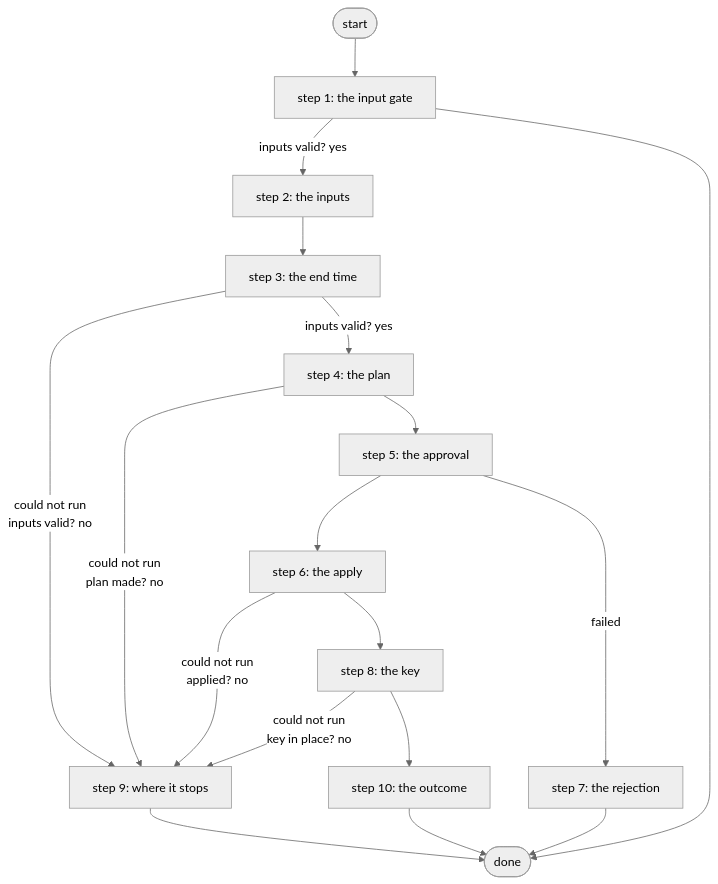
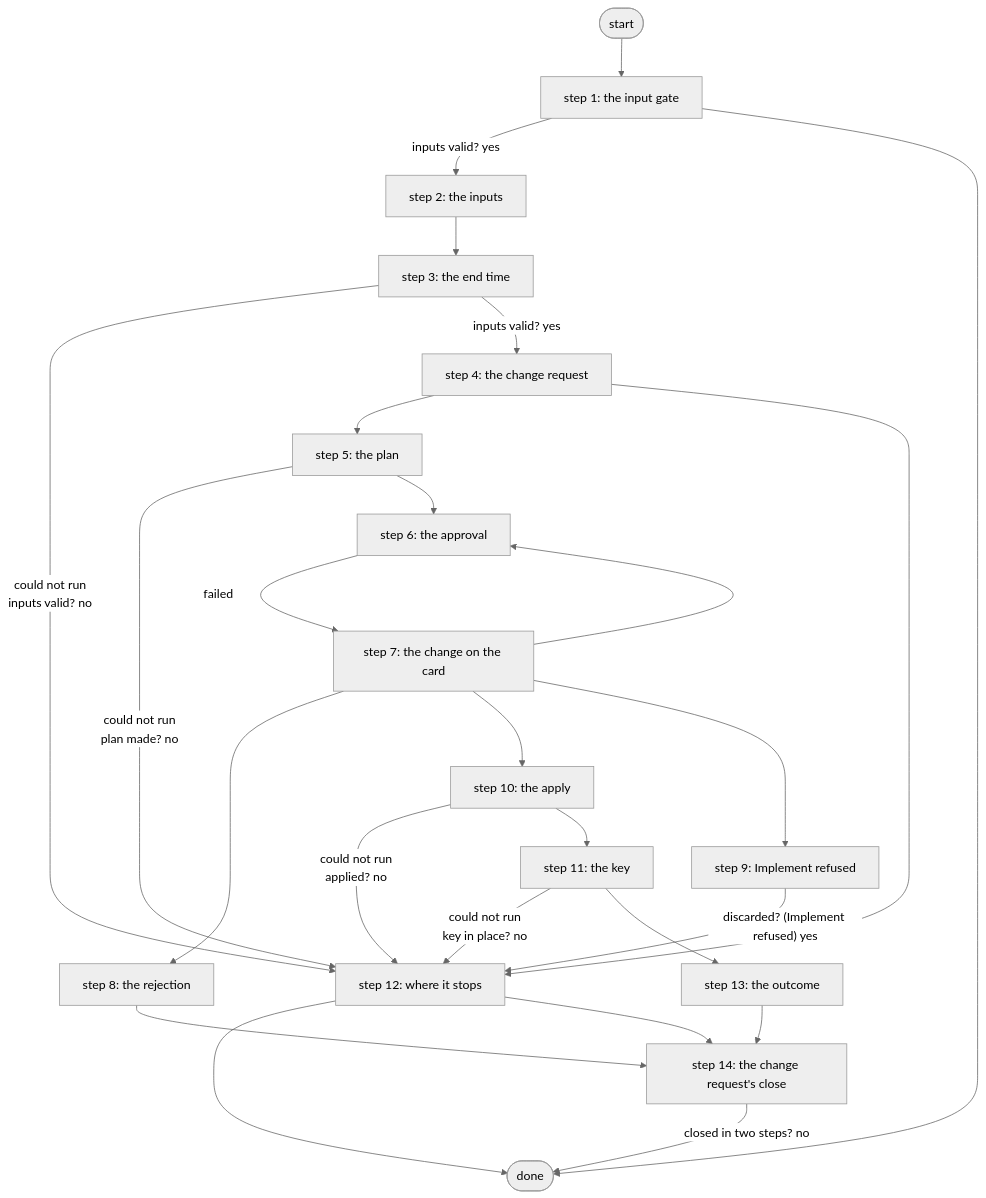
The diagram in docs/workflows/deploy-aws-vpn.md (E-Conners-Lab/itential-enterprise-lab), drawn with Mermaid (neutral theme) before and after one commit. The commit also changed other lines of this file and 20 other files, not shown here.

````diff
--- a/docs/workflows/deploy-aws-vpn.md
+++ b/docs/workflows/deploy-aws-vpn.md
@@ -48,32 +49,44 @@
 ```mermaid
 flowchart TD
   S([start])
   E([done])
   s1["step 1: the input gate"]
   s2["step 2: the inputs"]
   s3["step 3: the end time"]
-  s4["step 4: the plan"]
-  s5["step 5: the approval"]
-  s6["step 6: the apply"]
-  s7["step 7: the rejection"]
-  s8["step 8: the key"]
-  s9["step 9: where it stops"]
-  s10["step 10: the outcome"]
+  s4["step 4: the change request"]
+  s5["step 5: the plan"]
+  s6["step 6: the approval"]
+  s7["step 7: the change on the card"]
+  s8["step 8: the rejection"]
+  s9["step 9: Implement refused"]
+  s10["step 10: the apply"]
+  s11["step 11: the key"]
+  s12["step 12: where it stops"]
+  s13["step 13: the outcome"]
+  s14["step 14: the change request's close"]
   S --> s1
   s2 --> s3
-  s3 -- "could not run<br/>inputs valid? no" --> s9
+  s3 -- "could not run<br/>inputs valid? no" --> s12
   s3 -- "inputs valid? yes" --> s4
-  s4 -- "could not run<br/>plan made? no" --> s9
+  s5 -- "could not run<br/>plan made? no" --> s12
+  s5 --> s6
+  s6 -- "failed" --> s7
+  s10 -- "could not run<br/>applied? no" --> s12
+  s10 --> s11
+  s11 -- "could not run<br/>key in place? no" --> s12
+  s11 --> s13
+  s13 --> s14
+  s12 --> E
+  s9 -- "discarded? (Implement refused) yes" --> s12
+  s8 --> s14
+  s12 --> s14
   s4 --> s5
-  s5 --> s6
-  s5 -- "failed" --> s7
-  s6 -- "could not run<br/>applied? no" --> s9
-  s6 --> s8
-  s8 -- "could not run<br/>key in place? no" --> s9
-  s8 --> s10
-  s10 --> E
-  s7 --> E
-  s9 --> E
+  s4 --> s12
+  s7 --> s6
+  s7 --> s8
+  s7 --> s10
+  s7 --> s9
+  s14 -- "closed in two steps? no" --> E
   s1 -- "inputs valid? yes" --> s2
   s1 --> E
 ```
````
